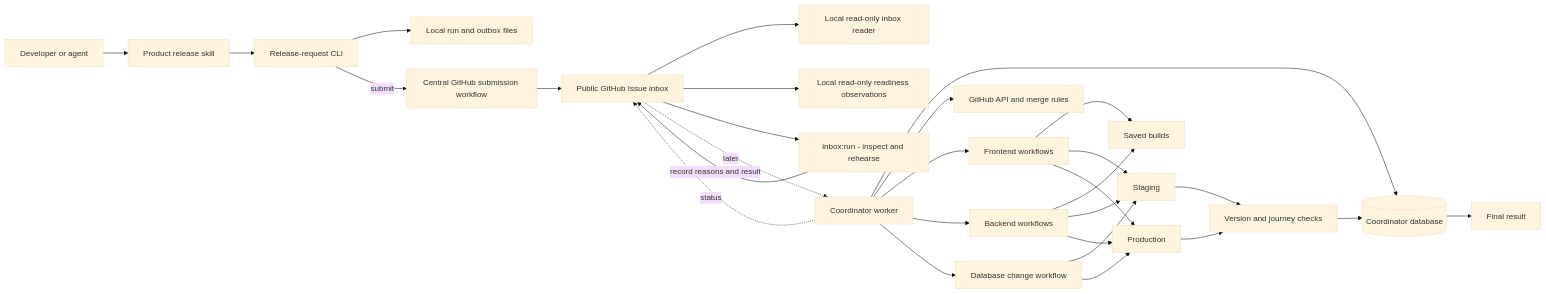
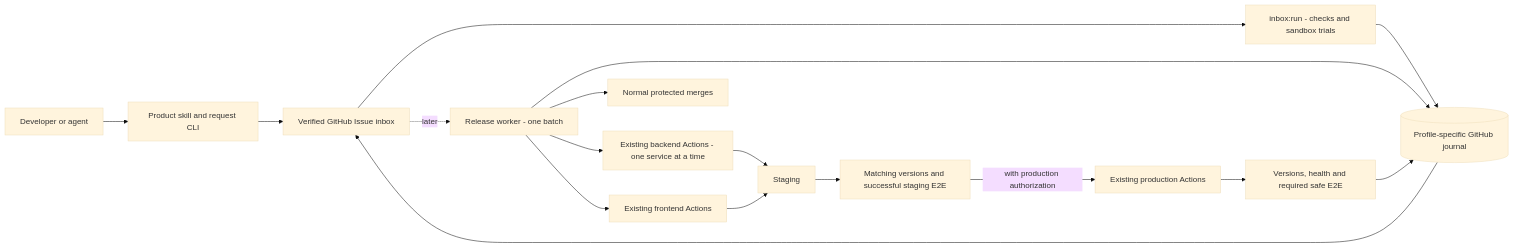
One commit to 6529-Collections/6529-release-coordinator changed the second of 2 diagrams in docs/design.md. Above: the diagram before and after it, drawn with Mermaid (base theme). The commit also changed other lines of this file and 7 other files, not shown here.

````diff
--- a/docs/design.md
+++ b/docs/design.md
@@ -440,33 +449,19 @@
 ```mermaid
 flowchart LR
-    U[Developer or agent] --> S[Product release skill]
-    S --> CLI[Release-request CLI]
-    CLI --> LOCAL[Local run and outbox files]
-    CLI -->|submit| GHIN[Central GitHub submission workflow]
-    GHIN --> INBOX[Public GitHub Issue inbox]
-    INBOX --> R[Local read-only inbox reader]
-    INBOX --> RC[Local read-only readiness observations]
-    INBOX --> IP[inbox:run - inspect and rehearse]
-    IP -->|record reasons and result| INBOX
-    INBOX -. later .-> W[Coordinator worker]
-    W --> DB[(Coordinator database)]
-
-    W --> GH[GitHub API and merge rules]
-    W --> FE[Frontend workflows]
-    W --> BE[Backend workflows]
-    W --> DBC[Database change workflow]
-    FE --> ART[Saved builds]
-    BE --> ART
-    FE --> STG[Staging]
-    BE --> STG
-    FE --> PROD[Production]
-    BE --> PROD
-    DBC --> STG
-    DBC --> PROD
-
-    STG --> E2E[Version and journey checks]
-    PROD --> E2E
-    E2E --> DB
-    DB --> C[Final result]
-    W -. status .-> INBOX
+    U[Developer or agent] --> CLI[Product skill and request CLI]
+    CLI --> INBOX[Verified GitHub Issue inbox]
+    INBOX --> IP[inbox:run - checks and sandbox trials]
+    IP --> J[(Profile-specific GitHub journal)]
+    INBOX -. later .-> W[Release worker - one batch]
+    W --> J
+    W --> GH[Normal protected merges]
+    W --> BE[Existing backend Actions - one service at a time]
+    W --> FE[Existing frontend Actions]
+    BE --> STG[Staging]
+    FE --> STG
+    STG --> E2E[Matching versions and successful staging E2E]
+    E2E -->|with production authorization| PROD[Existing production Actions]
+    PROD --> VERIFY[Versions, health and required safe E2E]
+    VERIFY --> J
+    J --> INBOX
 ```
````
